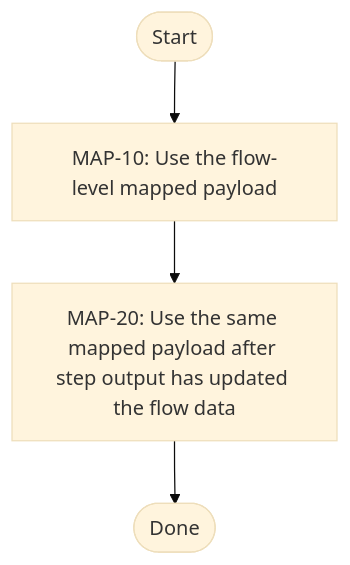
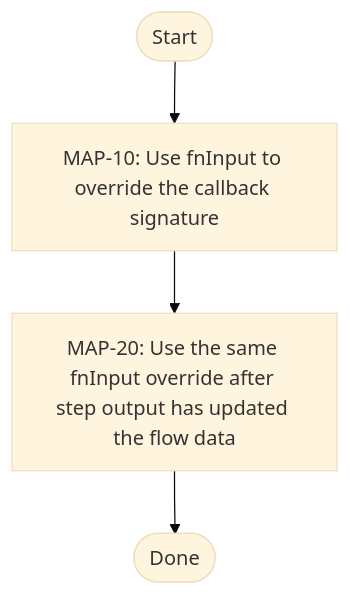
One commit to mikko-apo/structured-flow changed the seventh of 10 diagrams in README.md. Above: the diagram before and after it, drawn with Mermaid (base theme). The commit also changed other lines of this file and 8 other files, not shown here.

````diff
--- a/README.md
+++ b/README.md
@@ -610,16 +634,16 @@
 ```mermaid
 flowchart TD
   start([Start])
-  step_0["MAP-10: Use the flow-level mapped payload"]
+  step_0["MAP-10: Use fnInput to override the callback signature"]
   step_0 --> step_1
-  step_1["MAP-20: Use the same mapped payload after step output has updated the flow data"]
+  step_1["MAP-20: Use the same fnInput override after step output has updated the flow data"]
   step_1 --> done
   done([Done])
   start --> step_0
   classDef executed fill:#e8f1ff,stroke:#1d4ed8,stroke-width:2px
   classDef success fill:#ecfdf5,stroke:#16a34a,stroke-width:2px
   classDef complete fill:#f0fdf4,stroke:#15803d,stroke-width:2px
   classDef failure fill:#fef2f2,stroke:#dc2626,stroke-width:2px
   classDef neutral fill:#f8fafc,stroke:#94a3b8,stroke-dasharray: 4 2
   classDef join fill:#f8fafc,stroke:#94a3b8,stroke-width:1px,color:#475569
 ```
````
